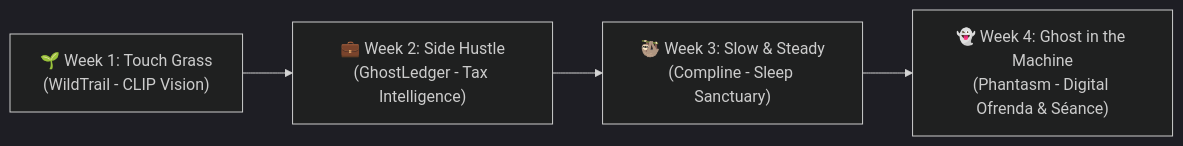
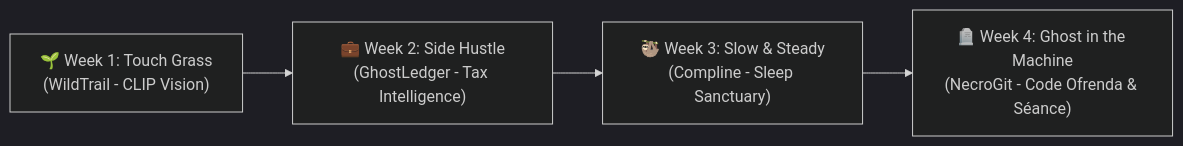
The diagram in PRD.md (XiaoArnav/necrogit), drawn with Mermaid (dark theme) before and after one commit. The commit also changed other lines of this file and 3 other files, not shown here.

Commit message:
feat: brand and configure project as NecroGit across all documentation

````diff
--- a/PRD.md
+++ b/PRD.md
@@ -30,6 +31,6 @@
 ```mermaid
 flowchart LR
     W1["🌱 Week 1: Touch Grass<br/>(WildTrail - CLIP Vision)"] --> W2["💼 Week 2: Side Hustle<br/>(GhostLedger - Tax Intelligence)"]
     W2 --> W3["🦥 Week 3: Slow & Steady<br/>(Compline - Sleep Sanctuary)"]
-    W3 --> W4["👻 Week 4: Ghost in the Machine<br/>(Phantasm - Digital Ofrenda & Séance)"]
+    W3 --> W4["🪦 Week 4: Ghost in the Machine<br/>(NecroGit - Code Ofrenda & Séance)"]
 ```
````
